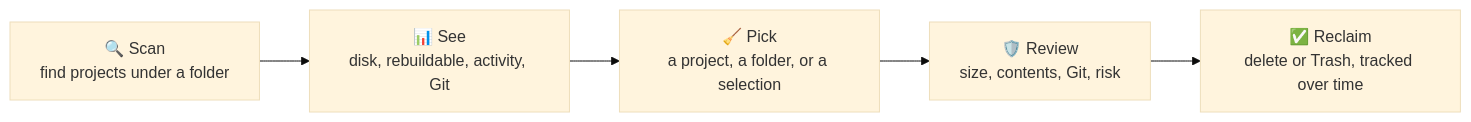
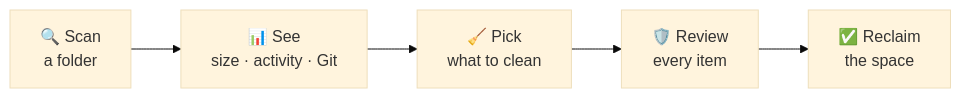
One commit to Rami-0/slop-finder changed the first of 5 diagrams in README.md. Above: the diagram before and after it, drawn with Mermaid (base theme). The commit also changed other lines of this file, not shown here.

First line of the commit message:
Reshape the README diagrams to read at GitHub's column width

````diff
--- a/README.md
+++ b/README.md
@@ -36,7 +36,7 @@
 ```mermaid
 flowchart LR
-    scan["🔍 Scan<br/>find projects under a folder"] --> see["📊 See<br/>disk, rebuildable, activity, Git"]
-    see --> pick["🧹 Pick<br/>a project, a folder, or a selection"]
-    pick --> review["🛡️ Review<br/>size, contents, Git, risk"]
-    review --> reclaim["✅ Reclaim<br/>delete or Trash, tracked over time"]
+    scan["🔍 Scan<br/>a folder"] --> see["📊 See<br/>size · activity · Git"]
+    see --> pick["🧹 Pick<br/>what to clean"]
+    pick --> review["🛡️ Review<br/>every item"]
+    review --> reclaim["✅ Reclaim<br/>the space"]
 ```
````
